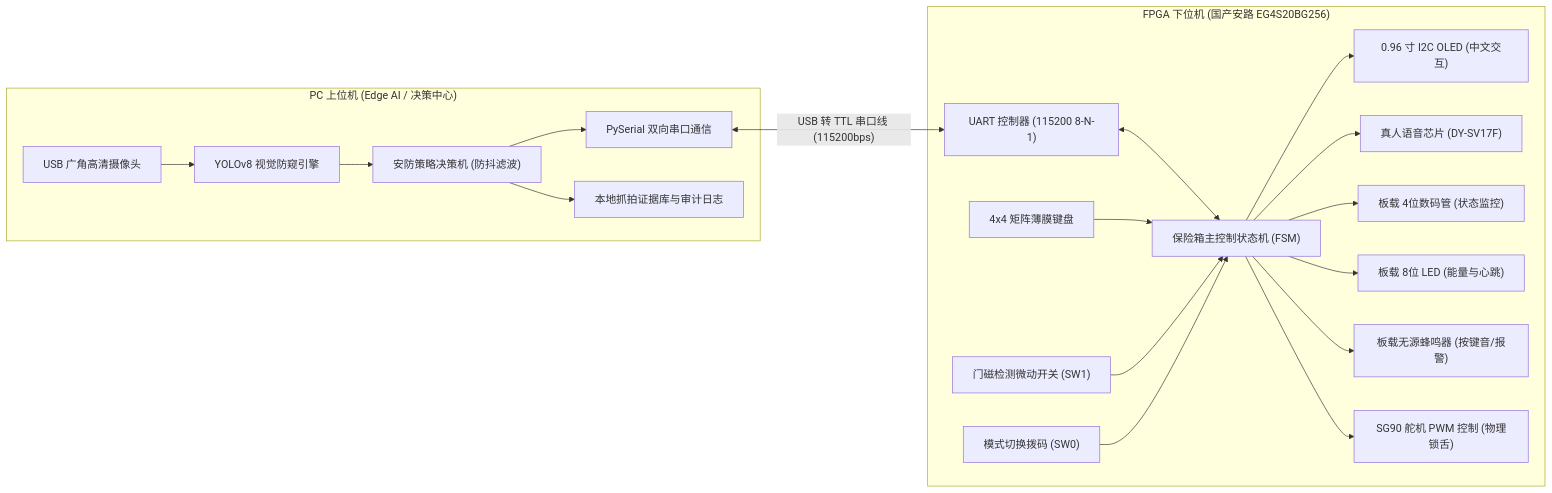
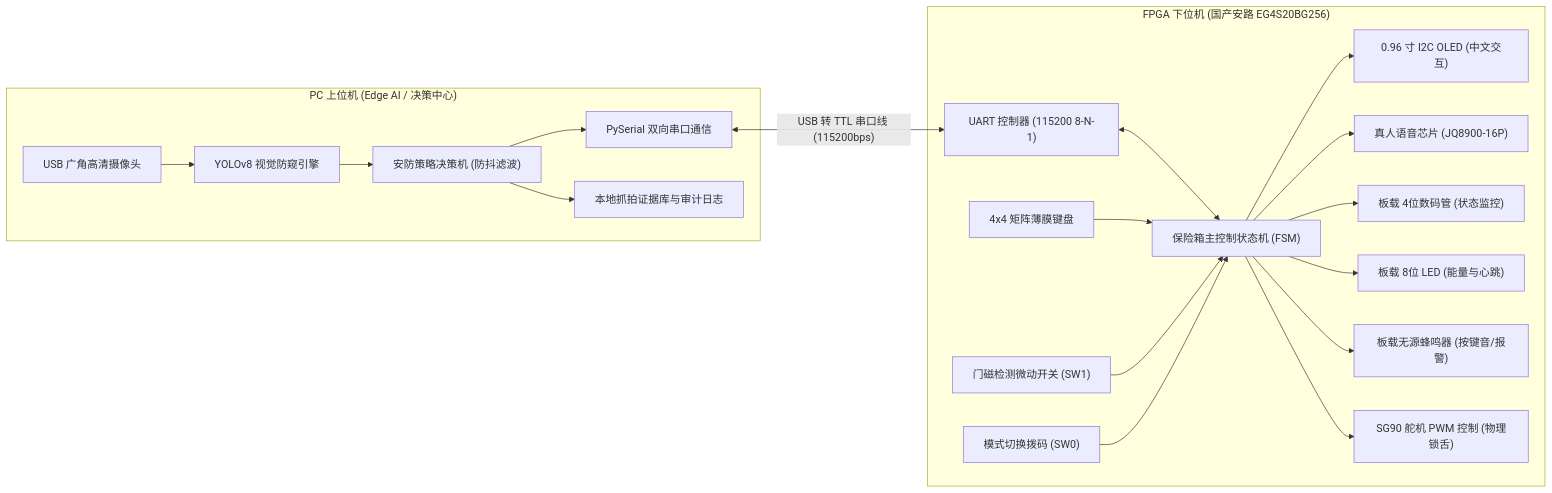
One commit to no-more-human/FPGA-AntiPeep-CipherLock changed the first of 2 diagrams in README.md. Above: the diagram before and after it, drawn with Mermaid. The commit also changed other lines of this file and 15 other files, not shown here.

````diff
--- a/README.md
+++ b/README.md
@@ -66,29 +66,29 @@
 ```mermaid
 flowchart LR
     subgraph PC_Side ["PC 上位机 (Edge AI / 决策中心)"]
         USB_CAM["USB 广角高清摄像头"] --> YOLO["YOLOv8 视觉防窥引擎"]
         YOLO --> Decision["安防策略决策机 (防抖滤波)"]
         Decision --> PY_UART["PySerial 双向串口通信"]
         Decision --> Logger["本地抓拍证据库与审计日志"]
     end
 
     subgraph FPGA_Side ["FPGA 下位机 (国产安路 EG4S20BG256)"]
         FPGA_UART["UART 控制器 (115200 8-N-1)"]
         MainFSM["保险箱主控制状态机 (FSM)"]
         
         FPGA_UART <--> MainFSM
         
         Keypad["4x4 矩阵薄膜键盘"] --> MainFSM
         Door_Sensor["门磁检测微动开关 (SW1)"] --> MainFSM
         Mode_SW["模式切换拨码 (SW0)"] --> MainFSM
         
         MainFSM --> OLED["0.96 寸 I2C OLED (中文交互)"]
-        MainFSM --> Voice["真人语音芯片 (DY-SV17F)"]
+        MainFSM --> Voice["真人语音芯片 (JQ8900-16P)"]
         MainFSM --> Digitron["板载 4位数码管 (状态监控)"]
         MainFSM --> LED_Bar["板载 8位 LED (能量与心跳)"]
         MainFSM --> Buzzer["板载无源蜂鸣器 (按键音/报警)"]
         MainFSM --> PWM_Servo["SG90 舵机 PWM 控制 (物理锁舌)"]
     end
 
     PY_UART <-->|"USB 转 TTL 串口线 (115200bps)"| FPGA_UART
 ```
````
